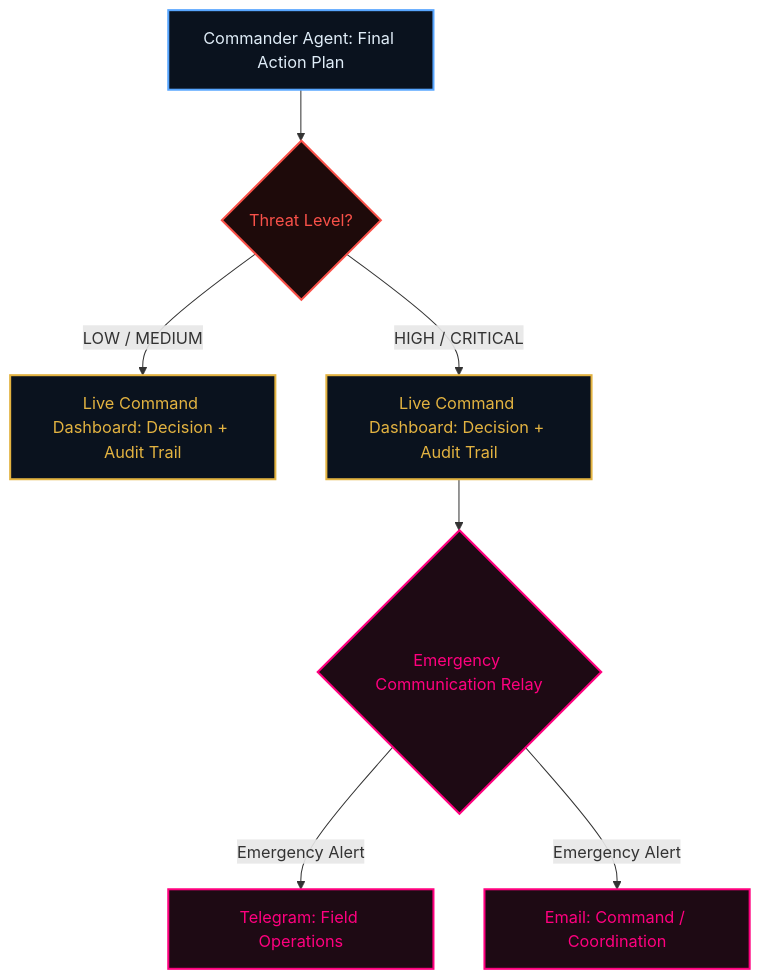
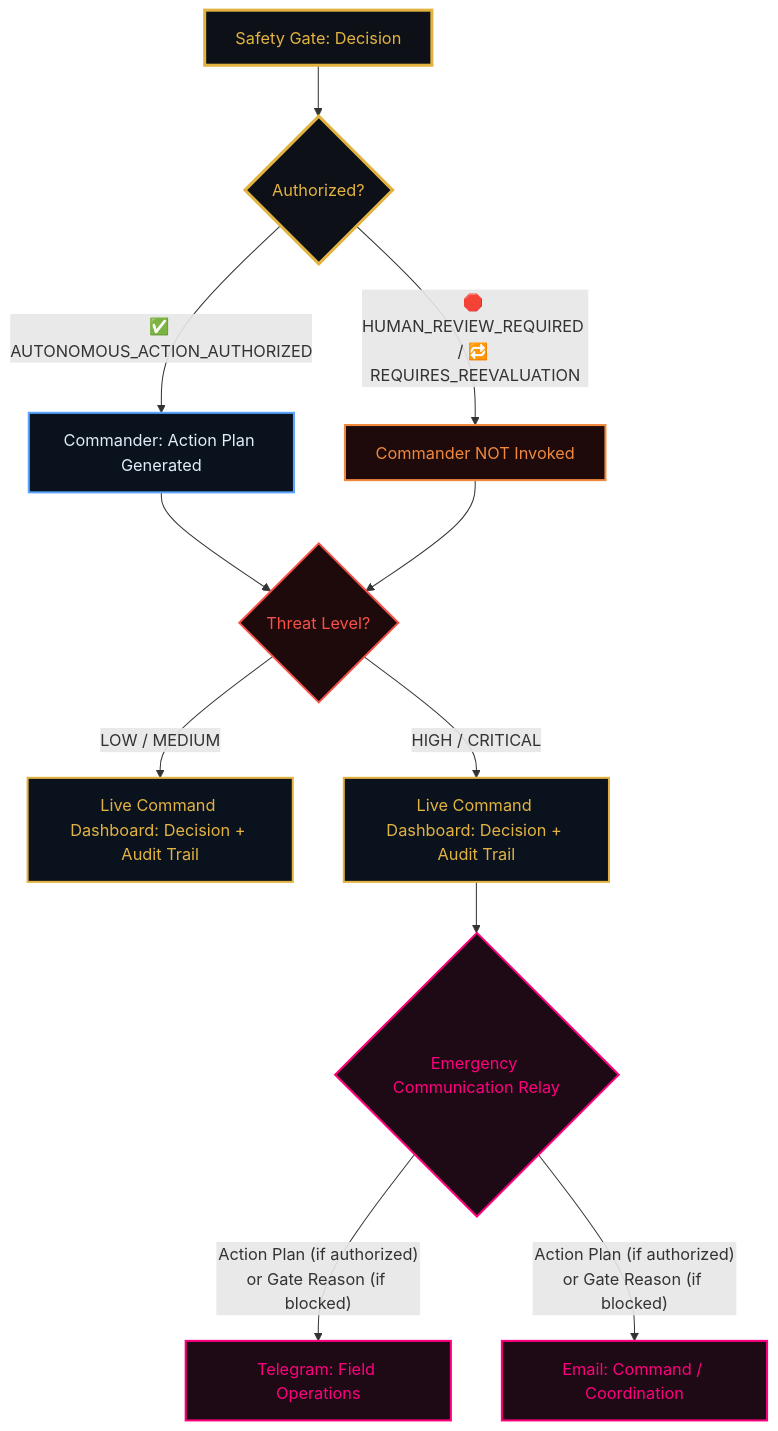
One commit to CODERUDRA-X/AEGIS-SWARM changed the fourth of 4 diagrams in README.md. Above: the diagram before and after it, drawn with Mermaid. The commit also changed other lines of this file, not shown here.

````diff
--- a/README.md
+++ b/README.md
@@ -194,22 +251,32 @@
 ```mermaid
 graph TD
-    CMD[Commander Agent: Final Action Plan] --> Decision{Threat Level?}
+    GATE[Safety Gate: Decision] --> Auth{Authorized?}
+
+    Auth -->|"✅ AUTONOMOUS_ACTION_AUTHORIZED"| CMD[Commander: Action Plan Generated]
+    Auth -->|"🛑 HUMAN_REVIEW_REQUIRED / 🔁 REQUIRES_REEVALUATION"| Blocked[Commander NOT Invoked]
+
+    CMD --> Decision{Threat Level?}
+    Blocked --> Decision
 
     Decision -->|LOW / MEDIUM| Dashboard1[Live Command Dashboard: Decision + Audit Trail]
-    
+
     Decision -->|HIGH / CRITICAL| Dashboard2[Live Command Dashboard: Decision + Audit Trail]
     Dashboard2 --> Relay{Emergency Communication Relay}
 
-    Relay -->|Emergency Alert| TG[Telegram: Field Operations]
-    Relay -->|Emergency Alert| Email[Email: Command / Coordination]
+    Relay -->|"Action Plan (if authorized)\nor Gate Reason (if blocked)"| TG[Telegram: Field Operations]
+    Relay -->|"Action Plan (if authorized)\nor Gate Reason (if blocked)"| Email[Email: Command / Coordination]
 
     classDef agent fill:#0a121e,stroke:#58a6ff,stroke-width:2px,color:#e0edf8;
+    classDef gate fill:#0d1117,stroke:#e3b341,stroke-width:3px,color:#e3b341;
+    classDef blocked fill:#1e0a0a,stroke:#f0883e,stroke-width:2px,color:#f0883e;
     classDef decision fill:#1e0a0a,stroke:#f85149,stroke-width:2px,color:#f85149;
     classDef relay fill:#1e0a14,stroke:#ff007f,stroke-width:2px,color:#ff007f;
     classDef ui fill:#0a121e,stroke:#e3b341,stroke-width:2px,color:#e3b341;
 
+    class GATE,Auth gate;
     class CMD agent;
+    class Blocked blocked;
     class Decision decision;
     class Relay,TG,Email relay;
     class Dashboard1,Dashboard2 ui;
 ```
````
